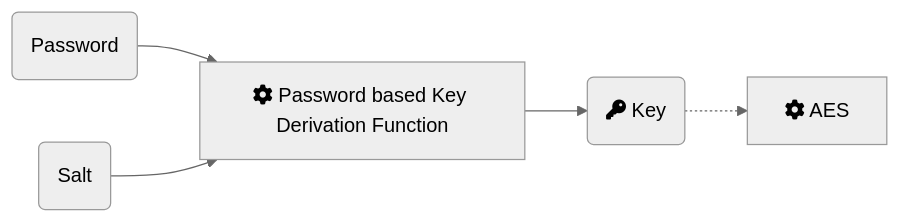
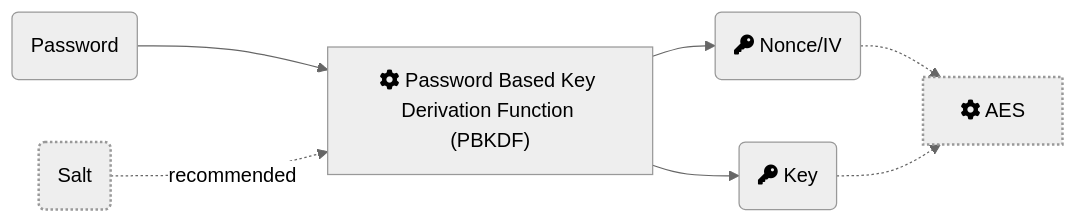
The diagram in website/content/HowTo/keys/passwords/_index.md (neuhalje/bouncy-gpg), drawn with Mermaid (neutral theme) before and after one commit. The commit also changed 3 other files, not shown here.

```diff
--- a/website/content/HowTo/keys/passwords/_index.md
+++ b/website/content/HowTo/keys/passwords/_index.md
@@ -19,7 +19,12 @@
 {{<mermaid align="left">}}
 graph LR;
-    P(Password) --> PBKDF[fa:fa-cog Password based Key Derivation Function]
-    S(Salt) --> PBKDF
+    P(Password) --> PBKDF["fa:fa-cog Password Based Key Derivation Function (PBKDF)"]
+    S(Salt) -. recommended .-> PBKDF
     PBKDF --> K(fa:fa-key Key)
-    K -.-> AES[fa:fa-cog AES]
+    PBKDF --> nonce("fa:fa-key Nonce/IV")
+    nonce -.-> AES[fa:fa-cog AES]
+    K -.-> AES
+
+    classDef dotted_border stroke-width:2,stroke-dasharray:2,4;
+    class AES,S dotted_border
 {{< /mermaid >}}
```
